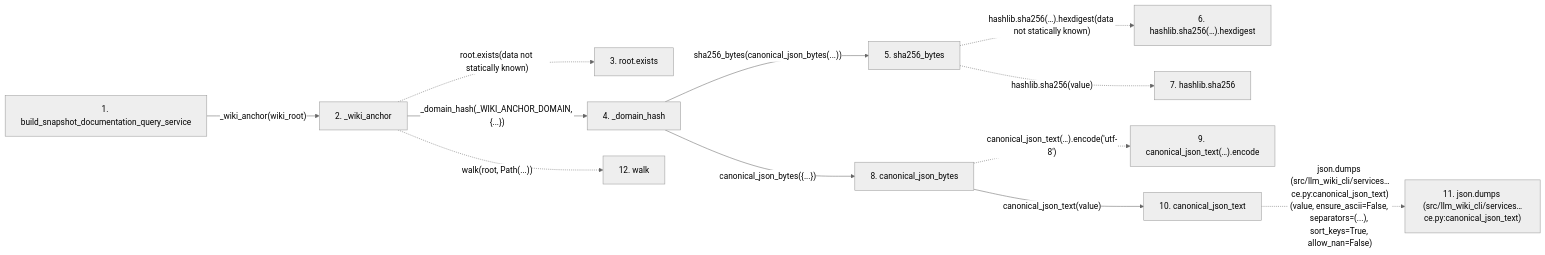
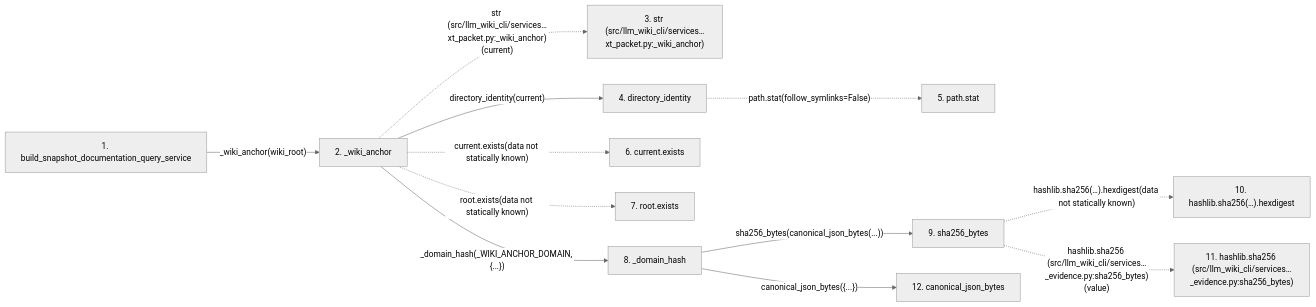
One commit to Denissvgn/python-wiki-llm changed the second of 2 diagrams in docs/llm_wiki/flows/api-build_snapshot_documentation_query_service.md. Above: the diagram before and after it, drawn with Mermaid (neutral theme). The commit also changed other lines of this file and 865 other files, not shown here.

````diff
--- a/docs/llm_wiki/flows/api-build_snapshot_documentation_query_service.md
+++ b/docs/llm_wiki/flows/api-build_snapshot_documentation_query_service.md
@@ -103,32 +109,32 @@
 ```mermaid
 flowchart LR
     s1["1. build_snapshot_documentation_query_service"]
     s2["2. _wiki_anchor"]
-    s3["3. root.exists"]
-    s4["4. _domain_hash"]
-    s5["5. sha256_bytes"]
-    s6["6. hashlib.sha256(…).hexdigest"]
-    s7["7. hashlib.sha256"]
-    s8["8. canonical_json_bytes"]
-    s9["9. canonical_json_text(…).encode"]
-    s10["10. canonical_json_text"]
-    s11["11. json.dumps (src/llm_wiki_cli/services…ce.py:canonical_json_text)"]
-    s12["12. walk"]
+    s3["3. str (src/llm_wiki_cli/services…xt_packet.py:_wiki_anchor)"]
+    s4["4. directory_identity"]
+    s5["5. path.stat"]
+    s6["6. current.exists"]
+    s7["7. root.exists"]
+    s8["8. _domain_hash"]
+    s9["9. sha256_bytes"]
+    s10["10. hashlib.sha256(…).hexdigest"]
+    s11["11. hashlib.sha256 (src/llm_wiki_cli/services…_evidence.py:sha256_bytes)"]
+    s12["12. canonical_json_bytes"]
     s1 -->|"_wiki_anchor(wiki_root)"| s2
-    s2 -. "root.exists(data not statically known)" .-> s3
-    s2 -->|"_domain_hash(_WIKI_ANCHOR_DOMAIN, {...})"| s4
-    s4 -->|"sha256_bytes(canonical_json_bytes(...))"| s5
-    s5 -. "hashlib.sha256(…).hexdigest(data not statically known)" .-> s6
-    s5 -. "hashlib.sha256(value)" .-> s7
-    s4 -->|"canonical_json_bytes({...})"| s8
-    s8 -. "canonical_json_text(…).encode('utf-8')" .-> s9
-    s8 -->|"canonical_json_text(value)"| s10
-    s10 -. "json.dumps (src/llm_wiki_cli/services…ce.py:canonical_json_text)(value, ensure_ascii=False, separators=(...), sort_keys=True, allow_nan=False)" .-> s11
-    s2 -. "walk(root, Path(...))" .-> s12
+    s2 -. "str (src/llm_wiki_cli/services…xt_packet.py:_wiki_anchor)(current)" .-> s3
+    s2 -->|"directory_identity(current)"| s4
+    s4 -. "path.stat(follow_symlinks=False)" .-> s5
+    s2 -. "current.exists(data not statically known)" .-> s6
+    s2 -. "root.exists(data not statically known)" .-> s7
+    s2 -->|"_domain_hash(_WIKI_ANCHOR_DOMAIN, {...})"| s8
+    s8 -->|"sha256_bytes(canonical_json_bytes(...))"| s9
+    s9 -. "hashlib.sha256(…).hexdigest(data not statically known)" .-> s10
+    s9 -. "hashlib.sha256 (src/llm_wiki_cli/services…_evidence.py:sha256_bytes)(value)" .-> s11
+    s8 -->|"canonical_json_bytes({...})"| s12
     click s1 "../modules/documentation_query_builder.md"
     click s2 "../modules/context_packet.md"
-    click s4 "../modules/context_packet.md"
-    click s5 "../modules/knowledge_evidence.md"
-    click s8 "../modules/knowledge_evidence.md"
-    click s10 "../modules/knowledge_evidence.md"
+    click s4 "../modules/source_snapshot.md"
+    click s8 "../modules/context_packet.md"
+    click s9 "../modules/knowledge_evidence.md"
+    click s12 "../modules/knowledge_evidence.md"
 ```
````
